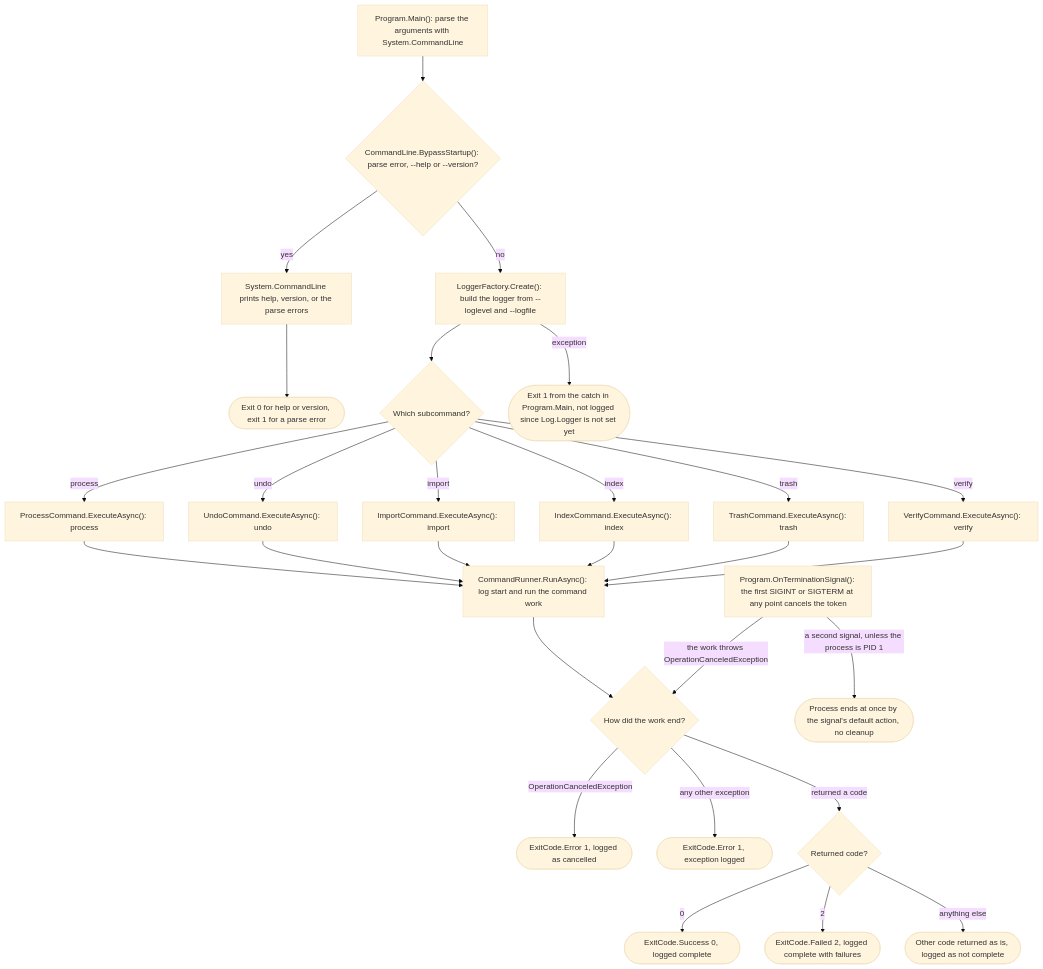
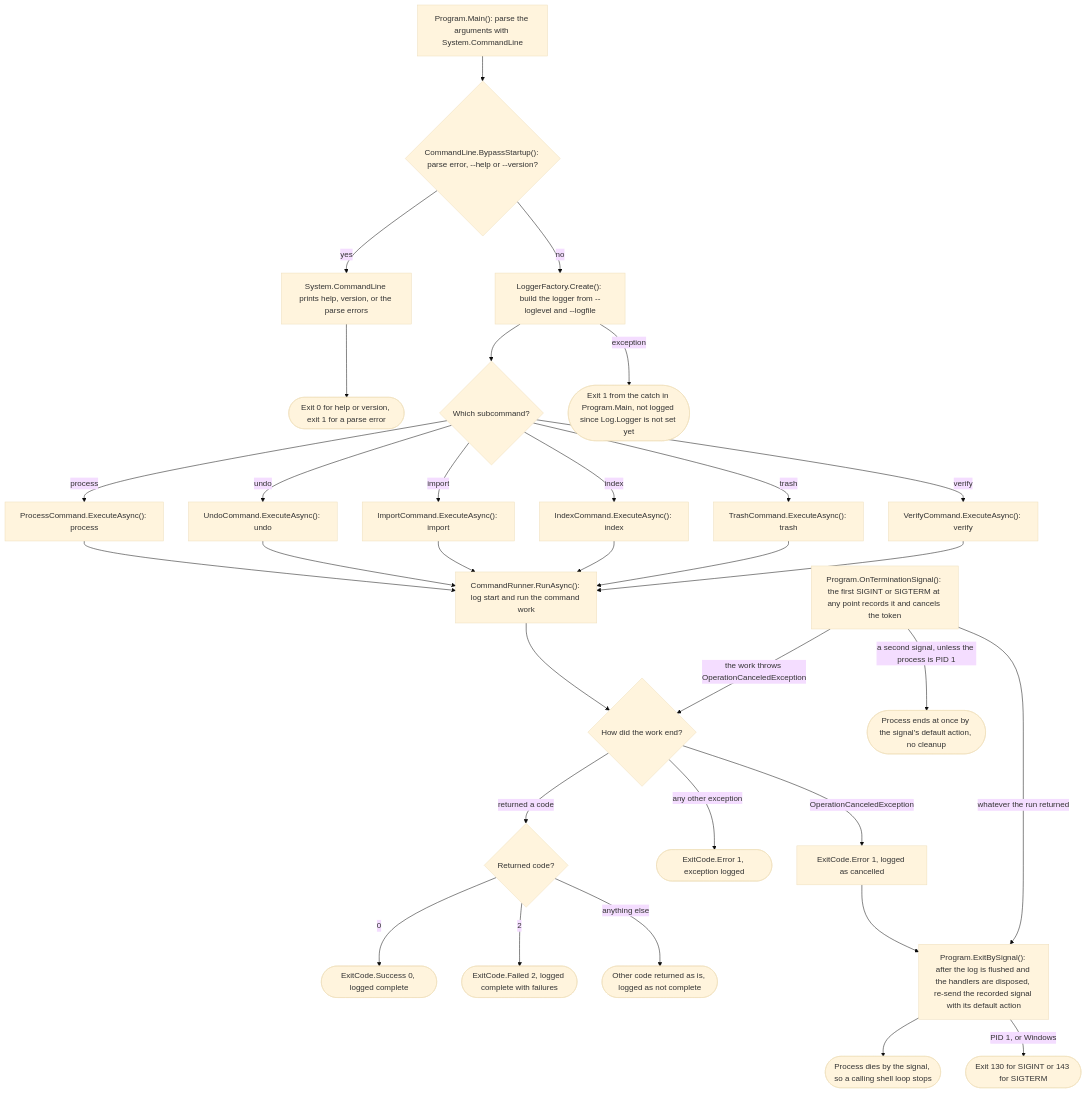
The first of 23 diagrams in ARCHITECTURE.md (ptr727/PhotoCleaner), drawn with Mermaid (base theme) before and after one commit. The commit also changed other lines of this file and 6 other files, not shown here.

First line of the commit message:
End a Run Stopped by SIGINT or SIGTERM by That Signal

````diff
--- a/ARCHITECTURE.md
+++ b/ARCHITECTURE.md
@@ -118,54 +118,61 @@
 ```mermaid
 flowchart TD
   main["Program.Main(): parse the arguments with System.CommandLine"]
   bypass{"CommandLine.BypassStartup(): parse error, --help or --version?"}
   scl["System.CommandLine prints help, version, or the parse errors"]
   sclEnd(["Exit 0 for help or version, exit 1 for a parse error"])
   logger["LoggerFactory.Create(): build the logger from --loglevel and --logfile"]
   dispatch{"Which subcommand?"}
   process["ProcessCommand.ExecuteAsync(): process"]
   undo["UndoCommand.ExecuteAsync(): undo"]
   import["ImportCommand.ExecuteAsync(): import"]
   index["IndexCommand.ExecuteAsync(): index"]
   trash["TrashCommand.ExecuteAsync(): trash"]
   verify["VerifyCommand.ExecuteAsync(): verify"]
   runner["CommandRunner.RunAsync(): log start and run the command work"]
   how{"How did the work end?"}
-  cancelled(["ExitCode.Error 1, logged as cancelled"])
+  cancelled["ExitCode.Error 1, logged as cancelled"]
   thrown(["ExitCode.Error 1, exception logged"])
   code{"Returned code?"}
   ok(["ExitCode.Success 0, logged complete"])
   failed(["ExitCode.Failed 2, logged complete with failures"])
   other(["Other code returned as is, logged as not complete"])
   mainCatch(["Exit 1 from the catch in Program.Main, not logged since Log.Logger is not set yet"])
-  signal["Program.OnTerminationSignal(): the first SIGINT or SIGTERM at any point cancels the token"]
+  signal["Program.OnTerminationSignal(): the first SIGINT or SIGTERM at any point records it and cancels the token"]
   killed(["Process ends at once by the signal's default action, no cleanup"])
+  reraise["Program.ExitBySignal(): after the log is flushed and the handlers are disposed, re-send the recorded signal with its default action"]
+  died(["Process dies by the signal, so a calling shell loop stops"])
+  signalCode(["Exit 130 for SIGINT or 143 for SIGTERM"])
 
   main --> bypass
   bypass -->|"yes"| scl --> sclEnd
   bypass -->|"no"| logger
   logger -->|"exception"| mainCatch
   logger --> dispatch
   dispatch -->|"process"| process
   dispatch -->|"undo"| undo
   dispatch -->|"import"| import
   dispatch -->|"index"| index
   dispatch -->|"trash"| trash
   dispatch -->|"verify"| verify
   process --> runner
   undo --> runner
   import --> runner
   index --> runner
   trash --> runner
   verify --> runner
   runner --> how
   how -->|"OperationCanceledException"| cancelled
   how -->|"any other exception"| thrown
   how -->|"returned a code"| code
   code -->|"0"| ok
   code -->|"2"| failed
   code -->|"anything else"| other
   signal -->|"the work throws OperationCanceledException"| how
   signal -->|"a second signal, unless the process is PID 1"| killed
+  cancelled --> reraise
+  signal -->|"whatever the run returned"| reraise
+  reraise --> died
+  reraise -->|"PID 1, or Windows"| signalCode
   classDef suspect stroke:#c00,stroke-width:2px,stroke-dasharray:5 3
 ```
````
